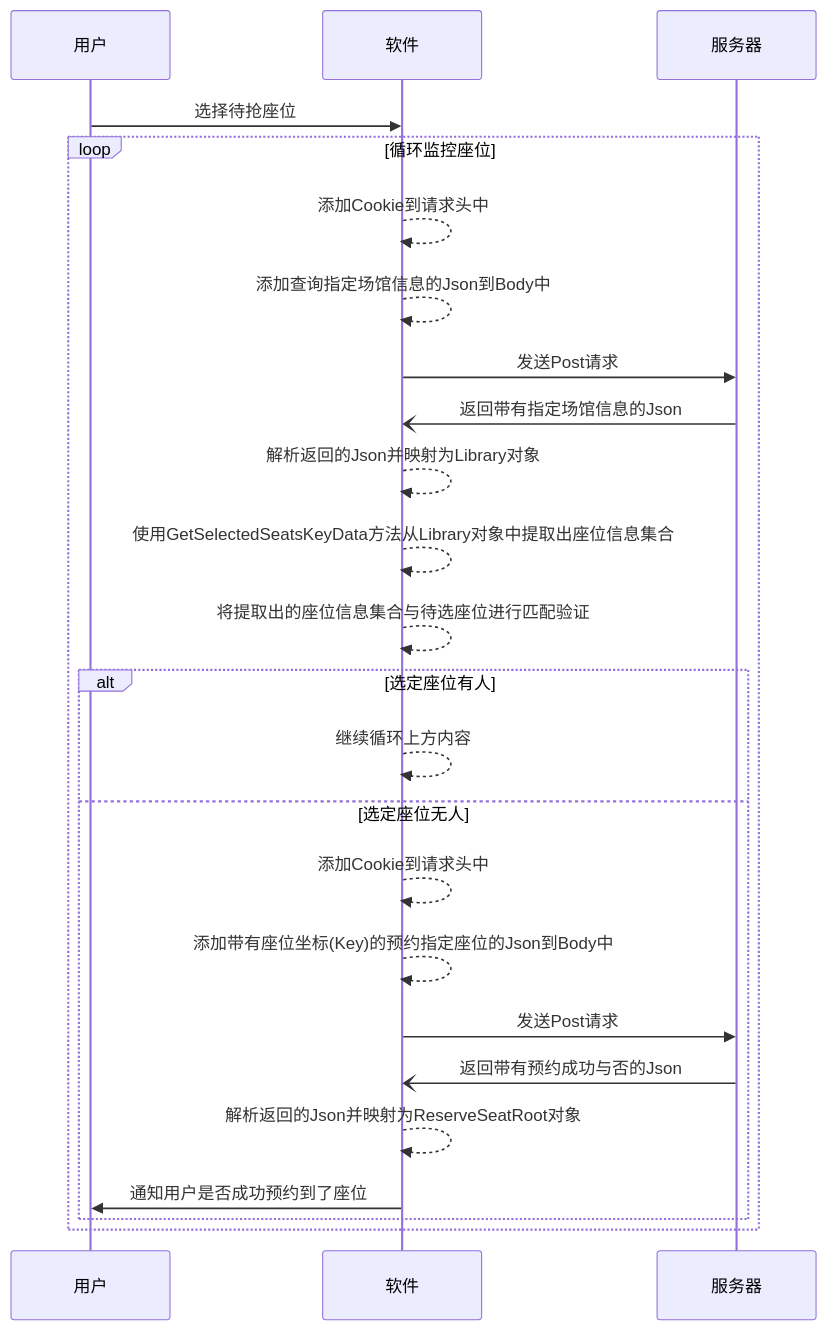
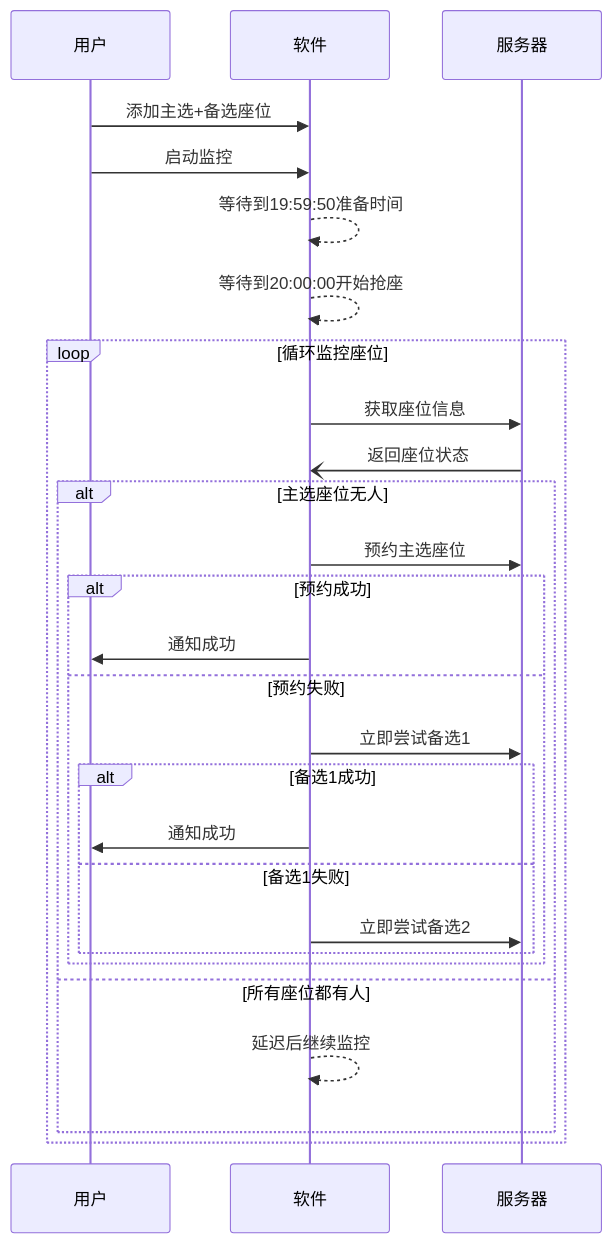
One commit to EJianZQ/IGoLibrary changed the third of 4 diagrams in README.md. Above: the diagram before and after it, drawn with Mermaid. The commit also changed other lines of this file and 101 other files, not shown here.

````diff
--- a/README.md
+++ b/README.md
@@ -144,26 +384,32 @@
 ```mermaid
 sequenceDiagram
     participant 用户
     participant 软件
     participant 服务器
-    用户->>软件: 选择待抢座位
+    用户->>软件: 添加主选+备选座位
+    用户->>软件: 启动监控
+
+    软件-->>软件: 等待到19:59:50准备时间
+    软件-->>软件: 等待到20:00:00开始抢座
+
 loop 循环监控座位
-    软件-->>软件: 添加Cookie到请求头中
-    软件-->>软件: 添加查询指定场馆信息的Json到Body中
-    软件->>服务器: 发送Post请求
-    服务器-)软件: 返回带有指定场馆信息的Json
-    软件-->>软件: 解析返回的Json并映射为Library对象
-    软件-->>软件: 使用GetSelectedSeatsKeyData方法从Library对象中提取出座位信息集合
-    软件-->>软件:将提取出的座位信息集合与待选座位进行匹配验证
-    alt 选定座位有人
-    软件-->>软件: 继续循环上方内容
-    else 选定座位无人
-    软件-->>软件: 添加Cookie到请求头中
-    软件-->>软件: 添加带有座位坐标(Key)的预约指定座位的Json到Body中
-    软件->>服务器: 发送Post请求
-    服务器-)软件: 返回带有预约成功与否的Json
-    软件-->>软件: 解析返回的Json并映射为ReserveSeatRoot对象
-    软件->>用户: 通知用户是否成功预约到了座位
+    软件->>服务器: 获取座位信息
+    服务器-)软件: 返回座位状态
+
+    alt 主选座位无人
+        软件->>服务器: 预约主选座位
+        alt 预约成功
+            软件->>用户: 通知成功
+        else 预约失败
+            软件->>服务器: 立即尝试备选1
+            alt 备选1成功
+                软件->>用户: 通知成功
+            else 备选1失败
+                软件->>服务器: 立即尝试备选2
+            end
+        end
+    else 所有座位都有人
+        软件-->>软件: 延迟后继续监控
     end
 end
 ```
````
